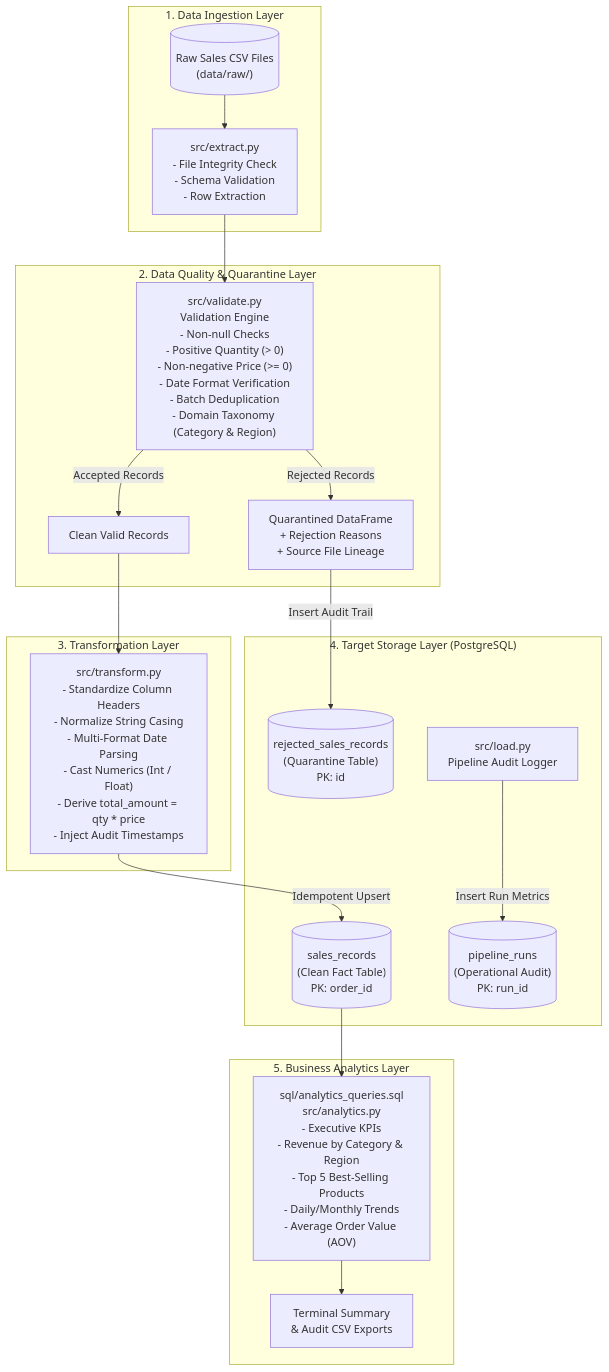
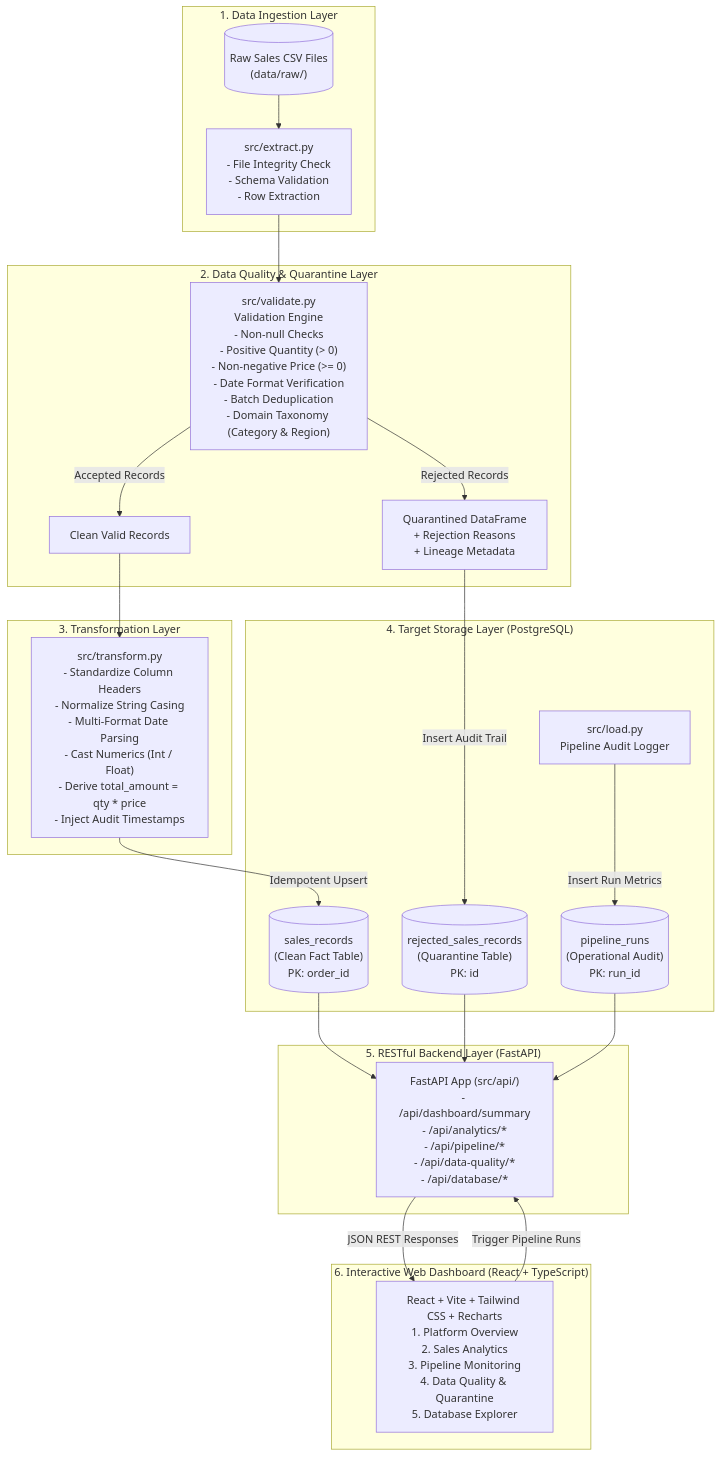
One commit to diyasharma21/sales-data-pipeline-platform changed the diagram in README.md. Above: the diagram before and after it, drawn with Mermaid. The commit also changed other lines of this file and 49 other files, not shown here.

Commit message:
feat: complete sales data engineering analytics platform with react dashboard and fastapi

````diff
--- a/README.md
+++ b/README.md
@@ -62,33 +62,40 @@
 ```mermaid
 flowchart TD
     subgraph Ingestion ["1. Data Ingestion Layer"]
         CSV[("Raw Sales CSV Files\n(data/raw/)")]
         EXTRACT["src/extract.py\n- File Integrity Check\n- Schema Validation\n- Row Extraction"]
         CSV --> EXTRACT
     end
 
     subgraph Quality ["2. Data Quality & Quarantine Layer"]
         VALIDATE["src/validate.py\nValidation Engine\n- Non-null Checks\n- Positive Quantity (> 0)\n- Non-negative Price (>= 0)\n- Date Format Verification\n- Batch Deduplication\n- Domain Taxonomy (Category & Region)"]
         EXTRACT --> VALIDATE
         
-        VALIDATE -->|Rejected Records| QUARANTINE_DF["Quarantined DataFrame\n+ Rejection Reasons\n+ Source File Lineage"]
+        VALIDATE -->|Rejected Records| QUARANTINE_DF["Quarantined DataFrame\n+ Rejection Reasons\n+ Lineage Metadata"]
         VALIDATE -->|Accepted Records| CLEAN_DF["Clean Valid Records"]
     end
 
     subgraph Transform ["3. Transformation Layer"]
         TRANSFORM["src/transform.py\n- Standardize Column Headers\n- Normalize String Casing\n- Multi-Format Date Parsing\n- Cast Numerics (Int / Float)\n- Derive total_amount = qty * price\n- Inject Audit Timestamps"]
         CLEAN_DF --> TRANSFORM
     end
 
     subgraph Storage ["4. Target Storage Layer (PostgreSQL)"]
         TRANSFORM -->|Idempotent Upsert| FACT_TABLE[("sales_records\n(Clean Fact Table)\nPK: order_id")]
         QUARANTINE_DF -->|Insert Audit Trail| REJECT_TABLE[("rejected_sales_records\n(Quarantine Table)\nPK: id")]
         META["src/load.py\nPipeline Audit Logger"] -->|Insert Run Metrics| RUNS_TABLE[("pipeline_runs\n(Operational Audit)\nPK: run_id")]
     end
 
-    subgraph Analytics ["5. Business Analytics Layer"]
-        SQL["sql/analytics_queries.sql\nsrc/analytics.py\n- Executive KPIs\n- Revenue by Category & Region\n- Top 5 Best-Selling Products\n- Daily/Monthly Trends\n- Average Order Value (AOV)"]
-        FACT_TABLE --> SQL
-        SQL --> REPORT["Terminal Summary\n& Audit CSV Exports"]
+    subgraph BackendAPI ["5. RESTful Backend Layer (FastAPI)"]
+        API["FastAPI App (src/api/)\n- /api/dashboard/summary\n- /api/analytics/*\n- /api/pipeline/*\n- /api/data-quality/*\n- /api/database/*"]
+        FACT_TABLE --> API
+        REJECT_TABLE --> API
+        RUNS_TABLE --> API
+    end
+
+    subgraph FrontendDashboard ["6. Interactive Web Dashboard (React + TypeScript)"]
+        DASH["React + Vite + Tailwind CSS + Recharts\n1. Platform Overview\n2. Sales Analytics\n3. Pipeline Monitoring\n4. Data Quality & Quarantine\n5. Database Explorer"]
+        API -->|JSON REST Responses| DASH
+        DASH -->|Trigger Pipeline Runs| API
     end
 ```
````
